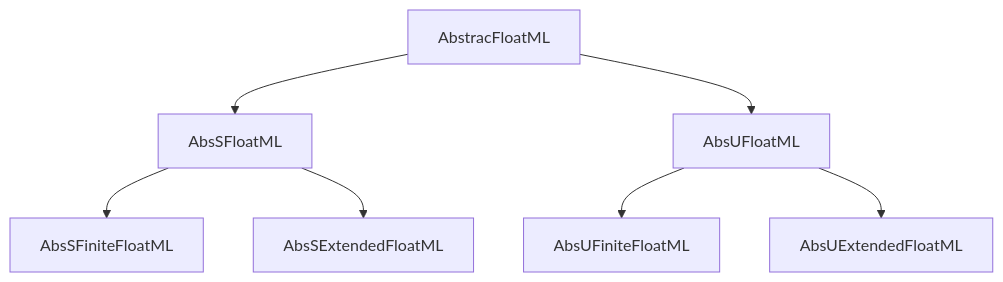
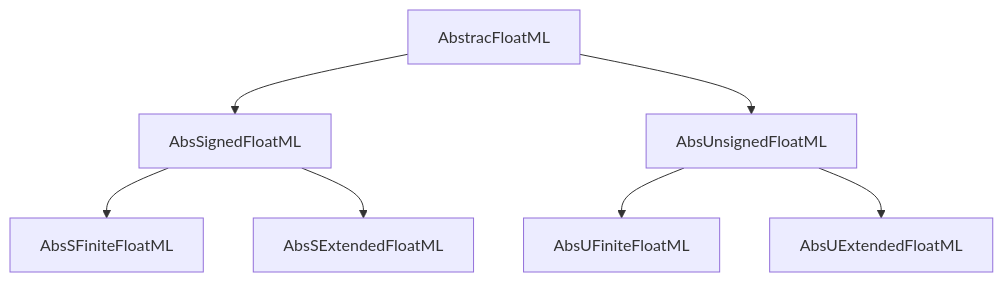
One commit to JeffreySarnoff/AIFloats.jl changed the first of 2 diagrams in docs/src/abstractions.md. Above: the diagram before and after it, drawn with Mermaid. The commit also changed 6 other files, not shown here.

````diff
--- a/docs/src/abstractions.md
+++ b/docs/src/abstractions.md
@@ -5,10 +5,10 @@
 ```mermaid
 graph TD
     A[AbstracFloatML] 
-    A--> S[AbsSFloatML]
-    A--> U[AbsUFloatML]
+    A--> S[AbsSignedFloatML]
+    A--> U[AbsUnsignedFloatML]
     S--> SF[AbsSFiniteFloatML]
     S--> SE[AbsSExtendedFloatML]
     U--> UF[AbsUFiniteFloatML]
     U--> UE[AbsUExtendedFloatML]
 ```
````
